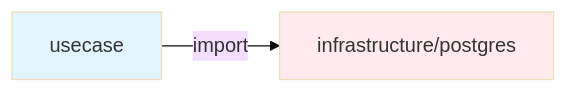
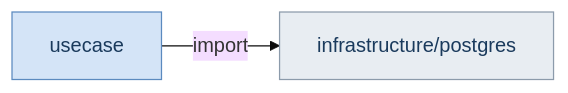
One commit to 135yshr/documents changed the first of 2 diagrams in articles/808fbfe6b7db3d.md. Above: the diagram before and after it, drawn with Mermaid (base theme). The commit also changed other lines of this file, not shown here.

First line of the commit message:
📝 unify diagram colors and bridge to Go section

````diff
--- a/articles/808fbfe6b7db3d.md
+++ b/articles/808fbfe6b7db3d.md
@@ -104,6 +104,6 @@
 ```mermaid
 graph LR
     A[usecase] -->|import| B[infrastructure/postgres]
-    style A fill:#e1f5fe
-    style B fill:#ffebee
+    style A fill:#d4e4f7,stroke:#5b8abf,color:#1a3a5c
+    style B fill:#e8edf2,stroke:#8c9bab,color:#1a3a5c
 ```
````
